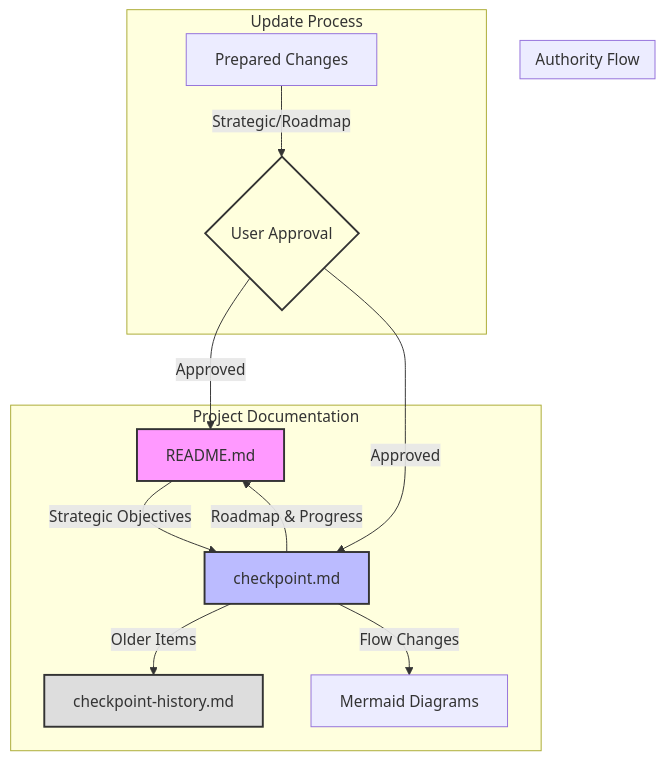
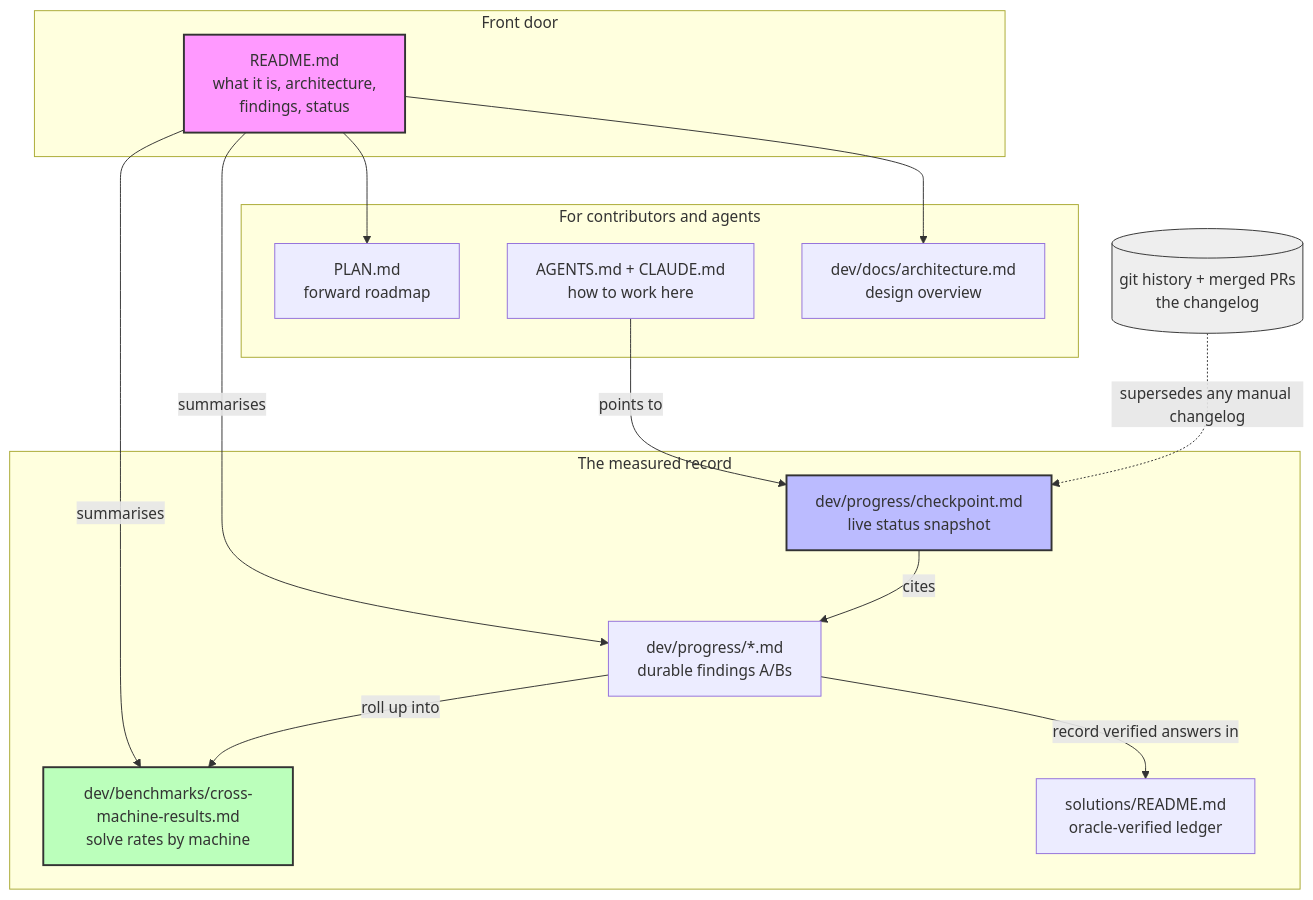
The diagram in dev/diagrams/documentation-flow.mmd (geniusworks/problem-solver), drawn with Mermaid before and after one commit. The commit also changed 3 other files, not shown here.

First line of the commit message:
Docs: synthesize README architecture/findings; strip legacy status scaffolding

```diff
--- a/dev/diagrams/documentation-flow.mmd
+++ b/dev/diagrams/documentation-flow.mmd
@@ -1,26 +1,37 @@
+%% How the project's documentation fits together (post-consolidation).
+%% There is no manual changelog and no approval-gate process any more:
+%% git history + merged PRs are the changelog; the docs below each own one job.
 graph TD
-    subgraph Project Documentation
-        README[README.md]
-        Checkpoint[checkpoint.md]
-        History[checkpoint-history.md]
-        Mermaid[Mermaid Diagrams]
+    subgraph Front door
+        README[README.md<br/>what it is, architecture,<br/>findings, status]
     end
 
-    subgraph Authority Flow
-        README -->|Strategic Objectives| Checkpoint
-        Checkpoint -->|Roadmap & Progress| README
-        Checkpoint -->|Older Items| History
-        Checkpoint -->|Flow Changes| Mermaid
+    subgraph For contributors and agents
+        PLAN[PLAN.md<br/>forward roadmap]
+        AGENTS[AGENTS.md + CLAUDE.md<br/>how to work here]
+        ARCH[dev/docs/architecture.md<br/>design overview]
     end
 
-    subgraph Update Process
-        UserApproval{User Approval}
-        Changes[Prepared Changes]
-        Changes -->|Strategic/Roadmap| UserApproval
-        UserApproval -->|Approved| README & Checkpoint
+    subgraph The measured record
+        CHECK[dev/progress/checkpoint.md<br/>live status snapshot]
+        FIND[dev/progress/*.md<br/>durable findings A/Bs]
+        BENCH[dev/benchmarks/cross-machine-results.md<br/>solve rates by machine]
+        LEDGER[solutions/README.md<br/>oracle-verified ledger]
     end
 
+    GIT[(git history + merged PRs<br/>the changelog)]
+
+    README --> PLAN
+    README --> ARCH
+    README -->|summarises| FIND
+    README -->|summarises| BENCH
+    AGENTS -->|points to| CHECK
+    CHECK -->|cites| FIND
+    FIND -->|roll up into| BENCH
+    FIND -->|record verified answers in| LEDGER
+    GIT -.supersedes any manual changelog.-> CHECK
+
     style README fill:#f9f,stroke:#333,stroke-width:2px
-    style Checkpoint fill:#bbf,stroke:#333,stroke-width:2px
-    style History fill:#ddd,stroke:#333,stroke-width:2px
-    style UserApproval fill:#ffd,stroke:#333,stroke-width:2px
+    style CHECK fill:#bbf,stroke:#333,stroke-width:2px
+    style BENCH fill:#bfb,stroke:#333,stroke-width:2px
+    style GIT fill:#eee,stroke:#333,stroke-width:1px
```
